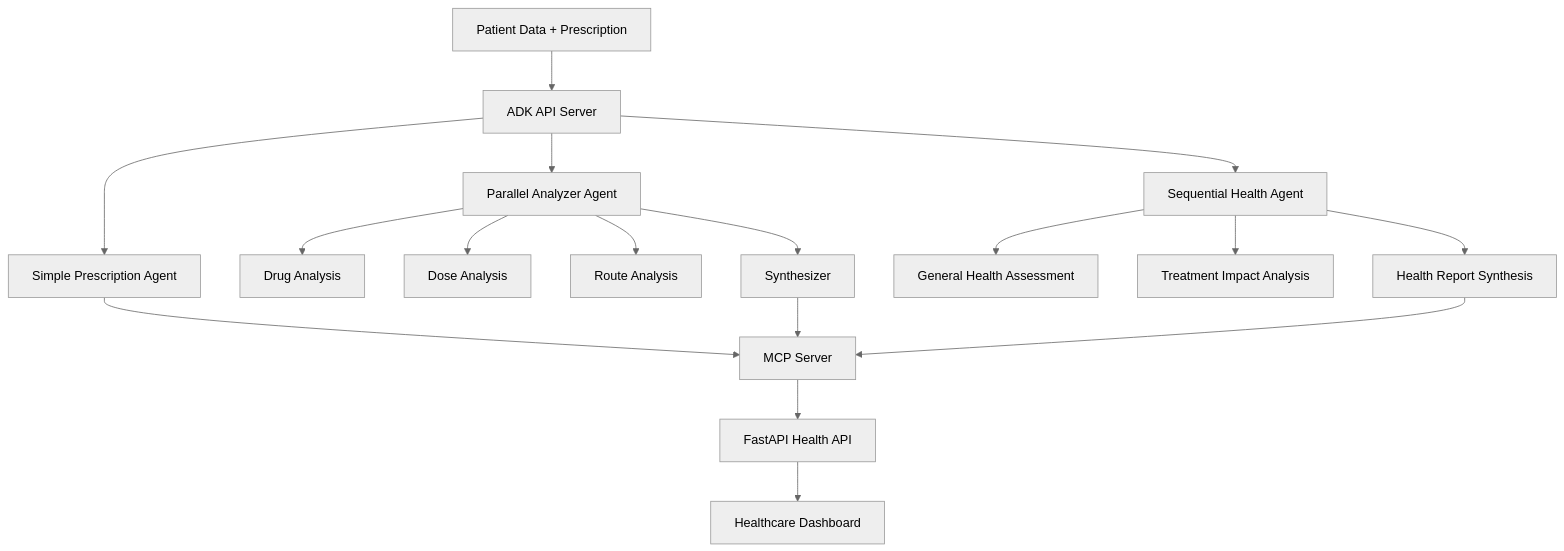
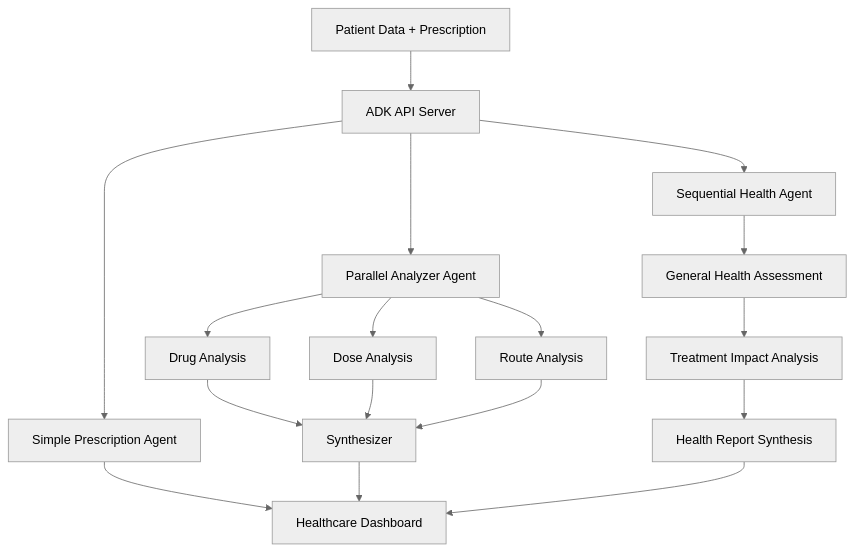
The diagram in README.md (xValentim/adk-grun-health), drawn with Mermaid (neutral theme) before and after one commit. The commit also changed other lines of this file and 1 other file, not shown here.

````diff
--- a/README.md
+++ b/README.md
@@ -38,22 +38,23 @@
 ```mermaid
 graph TD
-    A[Patient Data + Prescription] --> B[ADK API Server]
+    A[Patient Data + Prescription] -->  B[ADK API Server]
     B --> C[Simple Prescription Agent]
     B --> D[Parallel Analyzer Agent]  
     B --> E[Sequential Health Agent]
     
     D --> F[Drug Analysis]
     D --> G[Dose Analysis] 
     D --> H[Route Analysis]
-    D --> I[Synthesizer]
+
+    F --> I[Synthesizer]
+    G --> I
+    H --> I
     
     E --> J[General Health Assessment]
-    E --> K[Treatment Impact Analysis]
-    E --> L[Health Report Synthesis]
+    J --> K[Treatment Impact Analysis]
+    K --> L[Health Report Synthesis]
     
-    C --> M[MCP Server]
-    I --> M
-    L --> M
-    M --> N[FastAPI Health API]
-    N --> O[Healthcare Dashboard]
+    C --> O[Healthcare Dashboard]
+    I --> O
+    L --> O
 ```
````
